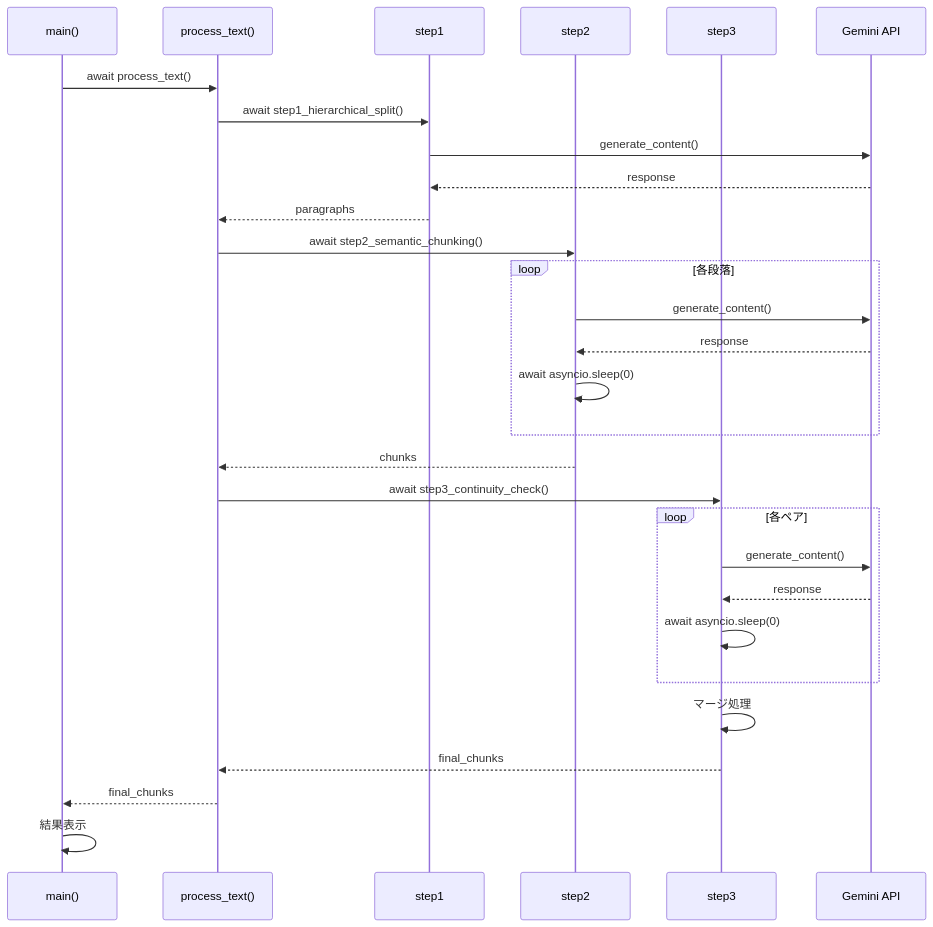
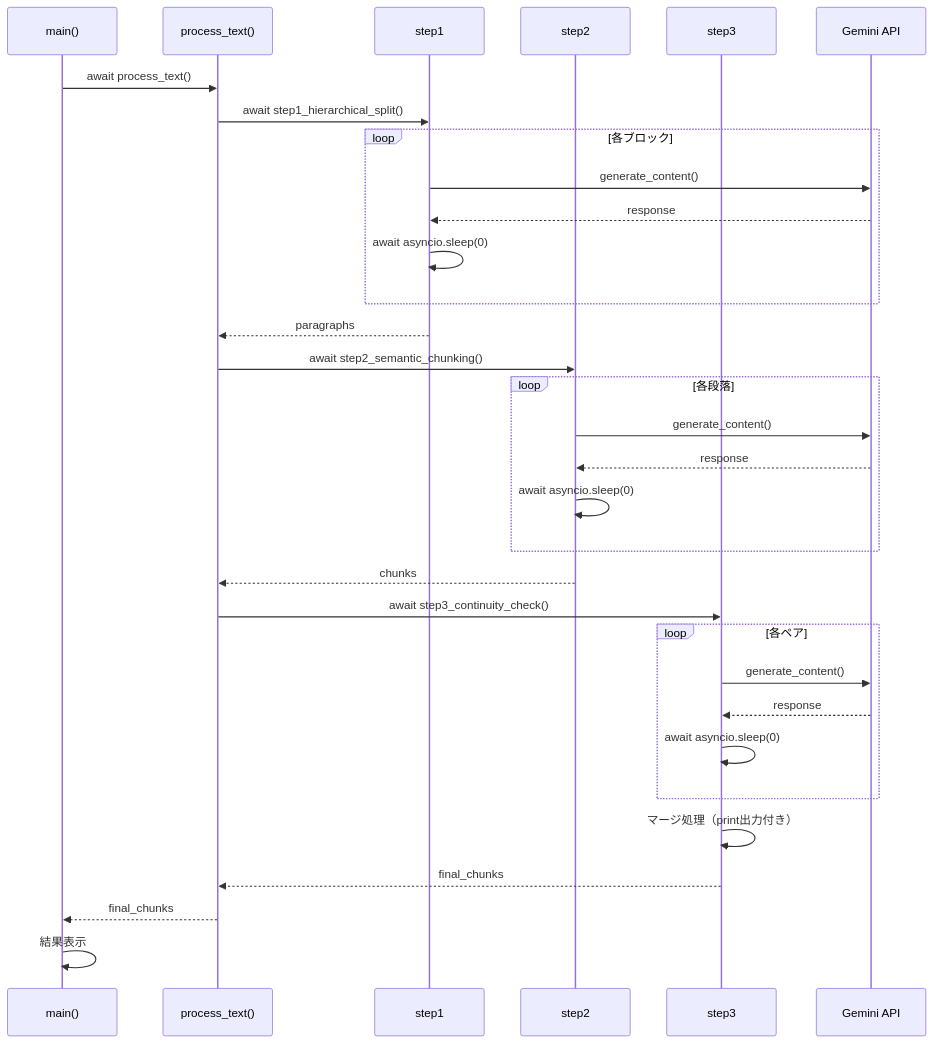
The sixth of 8 diagrams in chunking/doc/check_async.md (nakashima2toshio/gemini_grace_agent), drawn with Mermaid before and after one commit. The commit also changed other lines of this file and 10 other files, not shown here.

````diff
--- a/chunking/doc/check_async.md
+++ b/chunking/doc/check_async.md
@@ -507,36 +632,39 @@
 ```mermaid
 sequenceDiagram
     participant M as main()
     participant P as process_text()
     participant S1 as step1
     participant S2 as step2
     participant S3 as step3
     participant API as Gemini API
 
     M->>P: await process_text()
 
     P->>S1: await step1_hierarchical_split()
-    S1->>API: generate_content()
-    API-->>S1: response
+    loop 各ブロック
+        S1->>API: generate_content()
+        API-->>S1: response
+        S1->>S1: await asyncio.sleep(0)
+    end
     S1-->>P: paragraphs
 
     P->>S2: await step2_semantic_chunking()
     loop 各段落
         S2->>API: generate_content()
         API-->>S2: response
         S2->>S2: await asyncio.sleep(0)
     end
     S2-->>P: chunks
 
     P->>S3: await step3_continuity_check()
     loop 各ペア
         S3->>API: generate_content()
         API-->>S3: response
         S3->>S3: await asyncio.sleep(0)
     end
-    S3->>S3: マージ処理
+    S3->>S3: マージ処理（print出力付き）
     S3-->>P: final_chunks
 
     P-->>M: final_chunks
     M->>M: 結果表示
 ```
````
